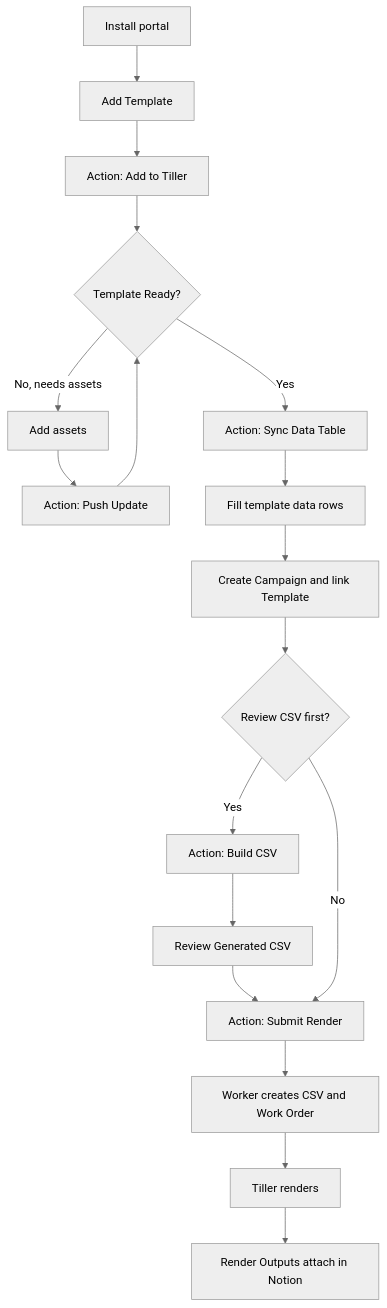
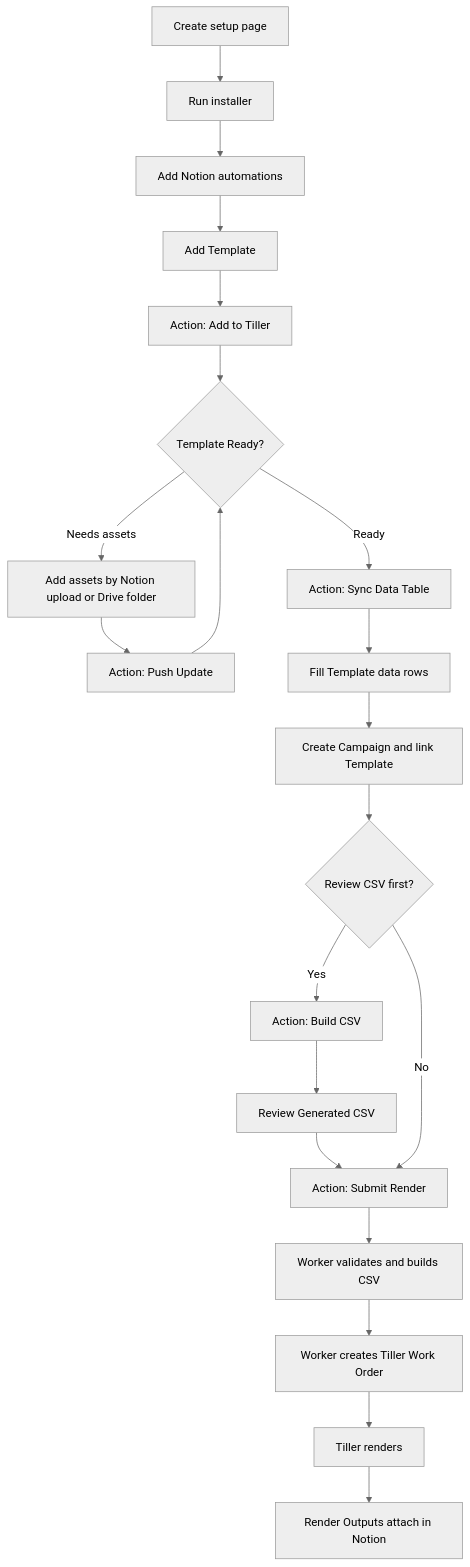
Before and after one commit to MotionWriter/notion-tiller-portal-public: the first of 2 diagrams in NOTION_TEMPLATE_GUIDE.md, drawn with Mermaid (neutral theme). The commit also changed other lines of this file and 2 other files, not shown here.

Commit message:
Strengthen Notion template guide

````diff
--- a/NOTION_TEMPLATE_GUIDE.md
+++ b/NOTION_TEMPLATE_GUIDE.md
@@ -25,20 +31,23 @@
 ```mermaid
 flowchart TD
-  A[Install portal] --> B[Add Template]
-  B --> C[Action: Add to Tiller]
-  C --> D{Template Ready?}
-  D -- No, needs assets --> E[Add assets]
-  E --> F[Action: Push Update]
-  F --> D
-  D -- Yes --> G[Action: Sync Data Table]
-  G --> H[Fill template data rows]
-  H --> I[Create Campaign and link Template]
-  I --> J{Review CSV first?}
-  J -- Yes --> K[Action: Build CSV]
-  K --> L[Review Generated CSV]
-  L --> M[Action: Submit Render]
-  J -- No --> M
-  M --> N[Worker creates CSV and Work Order]
-  N --> O[Tiller renders]
-  O --> P[Render Outputs attach in Notion]
+  A[Create setup page] --> B[Run installer]
+  B --> C[Add Notion automations]
+  C --> D[Add Template]
+  D --> E[Action: Add to Tiller]
+  E --> F{Template Ready?}
+  F -- Needs assets --> G[Add assets by Notion upload or Drive folder]
+  G --> H[Action: Push Update]
+  H --> F
+  F -- Ready --> I[Action: Sync Data Table]
+  I --> J[Fill Template data rows]
+  J --> K[Create Campaign and link Template]
+  K --> L{Review CSV first?}
+  L -- Yes --> M[Action: Build CSV]
+  M --> N[Review Generated CSV]
+  N --> O[Action: Submit Render]
+  L -- No --> O
+  O --> P[Worker validates and builds CSV]
+  P --> Q[Worker creates Tiller Work Order]
+  Q --> R[Tiller renders]
+  R --> S[Render Outputs attach in Notion]
 ```
````
